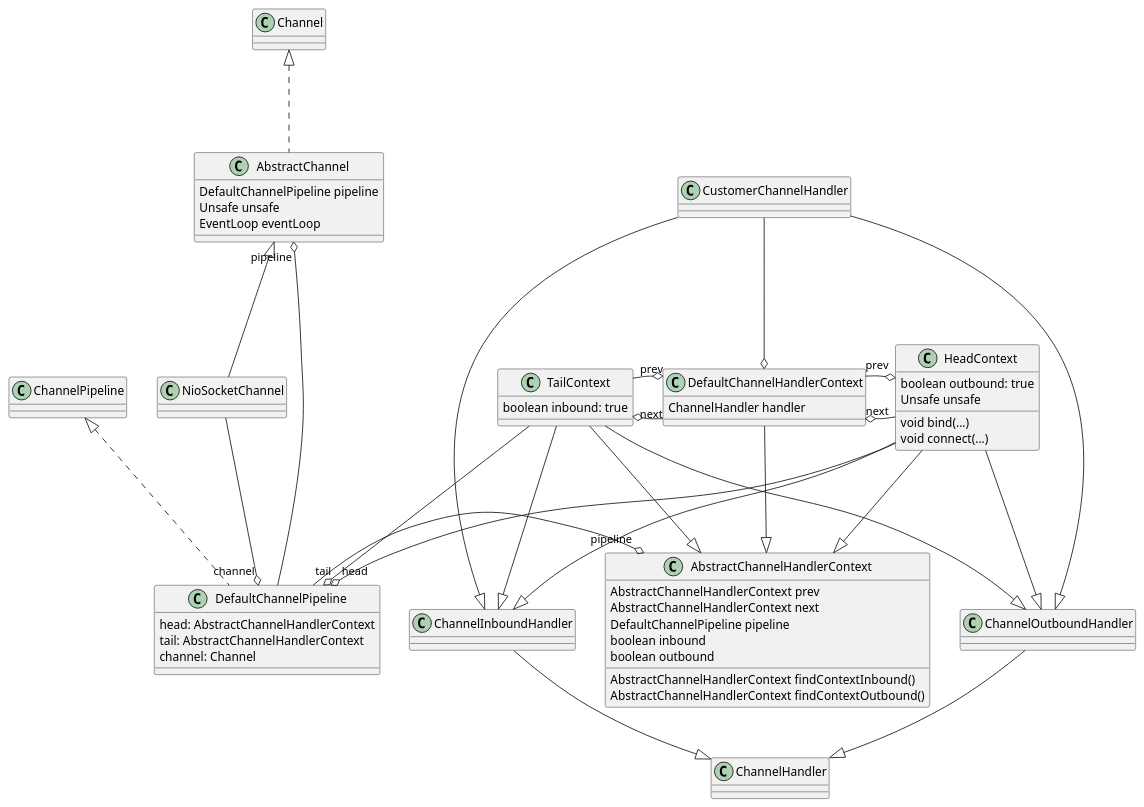
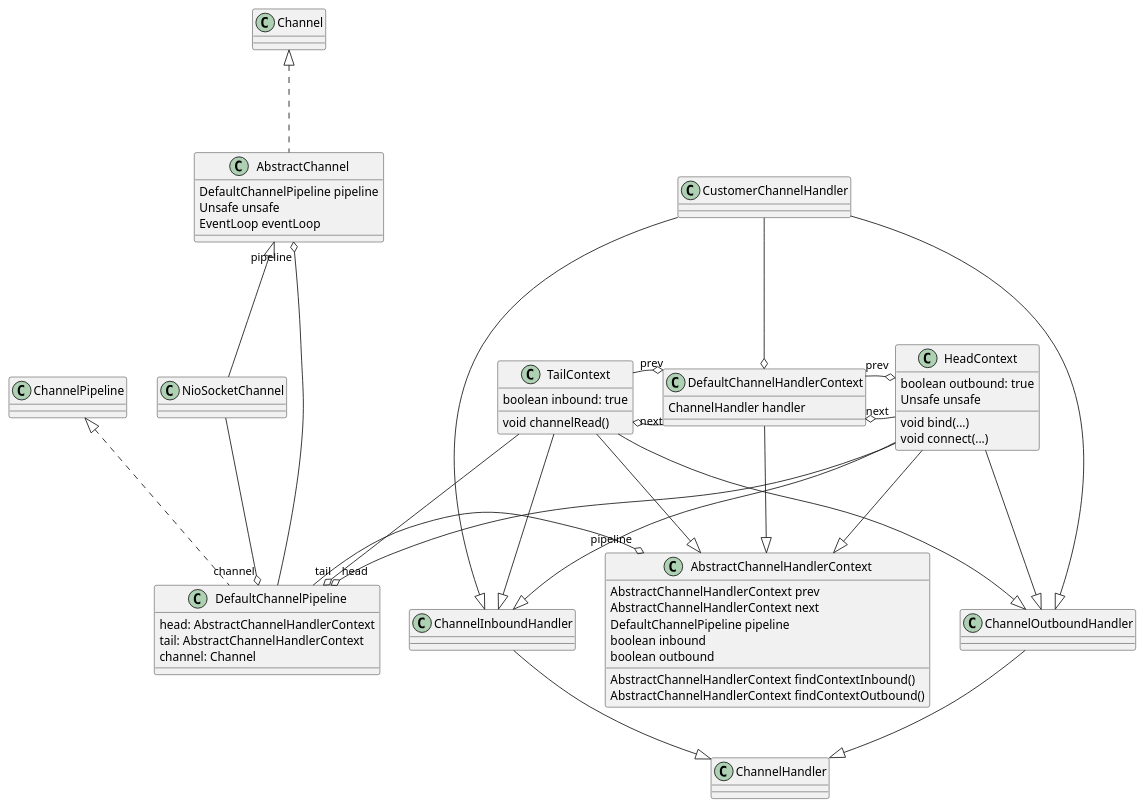
One commit to nameqxq/learning-demo changed the diagram in rpc/src/main/resources/uml/netty/ChannelPipeline.puml. Above: the diagram before and after it, drawn with PlantUML.

Commit message:
pipeline部分uml

```diff
--- a/rpc/src/main/resources/uml/netty/ChannelPipeline.puml
+++ b/rpc/src/main/resources/uml/netty/ChannelPipeline.puml
@@ -1,99 +1,100 @@
 @startuml
 interface ChannelPipeline {
 }
 class DefaultChannelPipeline {
     head: AbstractChannelHandlerContext
     tail: AbstractChannelHandlerContext
     channel: Channel
 }
 DefaultChannelPipeline -up..|> ChannelPipeline
 together {
     class ChannelPipeline
     class DefaultChannelPipeline
 }
 
 
 interface Channel {
 }
 abstract class AbstractChannel {
     DefaultChannelPipeline pipeline
     Unsafe unsafe
     EventLoop eventLoop
 }
 AbstractChannel -up..|> Channel
 DefaultChannelPipeline -left--o "pipeline" AbstractChannel
 class NioSocketChannel {
 }
 NioSocketChannel -up--|> AbstractChannel
 together {
     class Channel
     class AbstractChannel
     class NioSocketChannel
 }
 NioSocketChannel -down--o "channel" DefaultChannelPipeline
 
 abstract class AbstractChannelHandlerContext {
     AbstractChannelHandlerContext prev
     AbstractChannelHandlerContext next
     DefaultChannelPipeline pipeline
     boolean inbound
     boolean outbound
     AbstractChannelHandlerContext findContextInbound()
     AbstractChannelHandlerContext findContextOutbound()
 }
 DefaultChannelPipeline -right--o "pipeline" AbstractChannelHandlerContext
 
 class DefaultChannelHandlerContext {
     ChannelHandler handler
 }
 DefaultChannelHandlerContext -up--|> AbstractChannelHandlerContext
 together {
     class AbstractChannelHandlerContext
     class DefaultChannelHandlerContext
 }
 
 interface ChannelHandler {
 }
 interface ChannelOutboundHandler {
 }
 ChannelOutboundHandler --|> ChannelHandler
 interface ChannelInboundHandler {
 }
 ChannelInboundHandler --|> ChannelHandler
 class HeadContext {
     boolean outbound: true
     Unsafe unsafe
     void bind(...)
     void connect(...)
 }
 HeadContext -up--|> AbstractChannelHandlerContext
 HeadContext -down--|> ChannelInboundHandler
 HeadContext -down--|> ChannelOutboundHandler
 HeadContext -down--o "head" DefaultChannelPipeline
 HeadContext "next"-left-o DefaultChannelHandlerContext
 DefaultChannelHandlerContext "prev"-right-o HeadContext
 class TailContext {
     boolean inbound: true
+    void channelRead()
 }
 TailContext -up--|> AbstractChannelHandlerContext
 TailContext -down--|> ChannelInboundHandler
 TailContext -down--|> ChannelOutboundHandler
 TailContext -down--o "tail" DefaultChannelPipeline
 DefaultChannelHandlerContext "next"-left-o TailContext
 TailContext "prev"-right-o DefaultChannelHandlerContext
 together {
     class ChannelHandler
     class ChannelInboundHandler
     class ChannelOutboundHandler
 }
 
 class CustomerChannelHandler {
 }
 CustomerChannelHandler -down--o DefaultChannelHandlerContext
 CustomerChannelHandler -down--|> ChannelInboundHandler
 CustomerChannelHandler -down--|> ChannelOutboundHandler
 
 'hide CustomerChannelHandler
 
 
 @enduml
```
